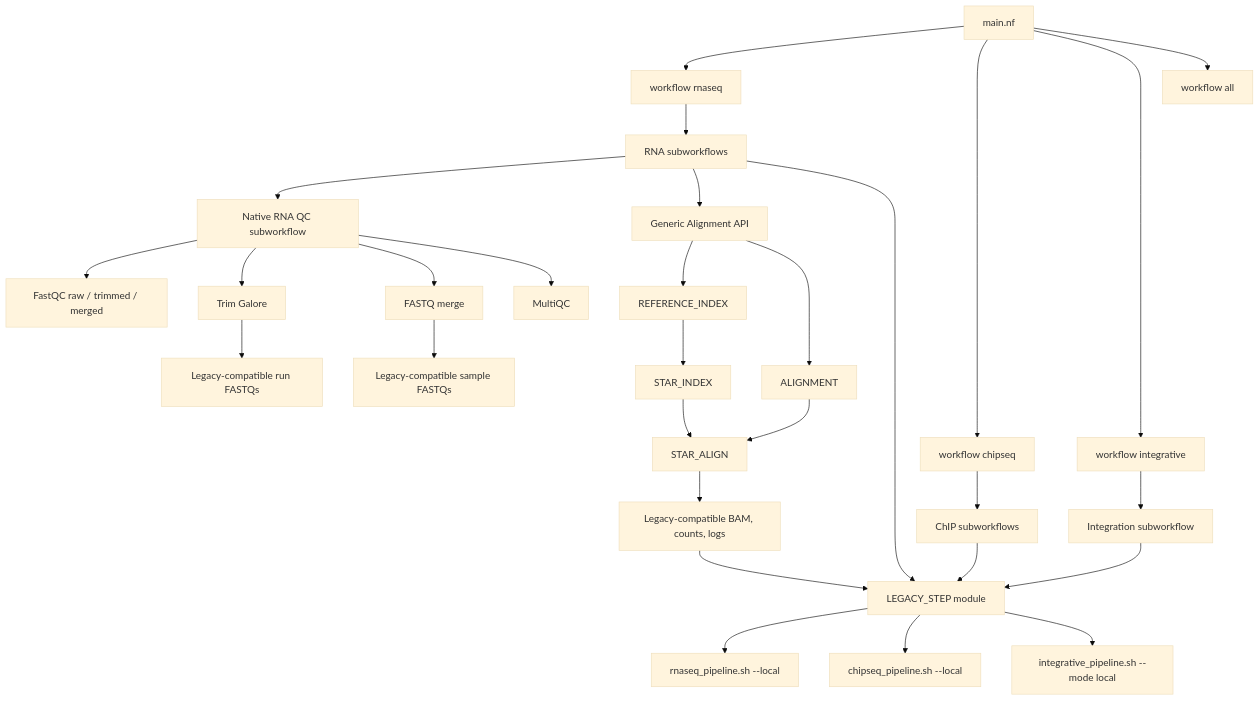
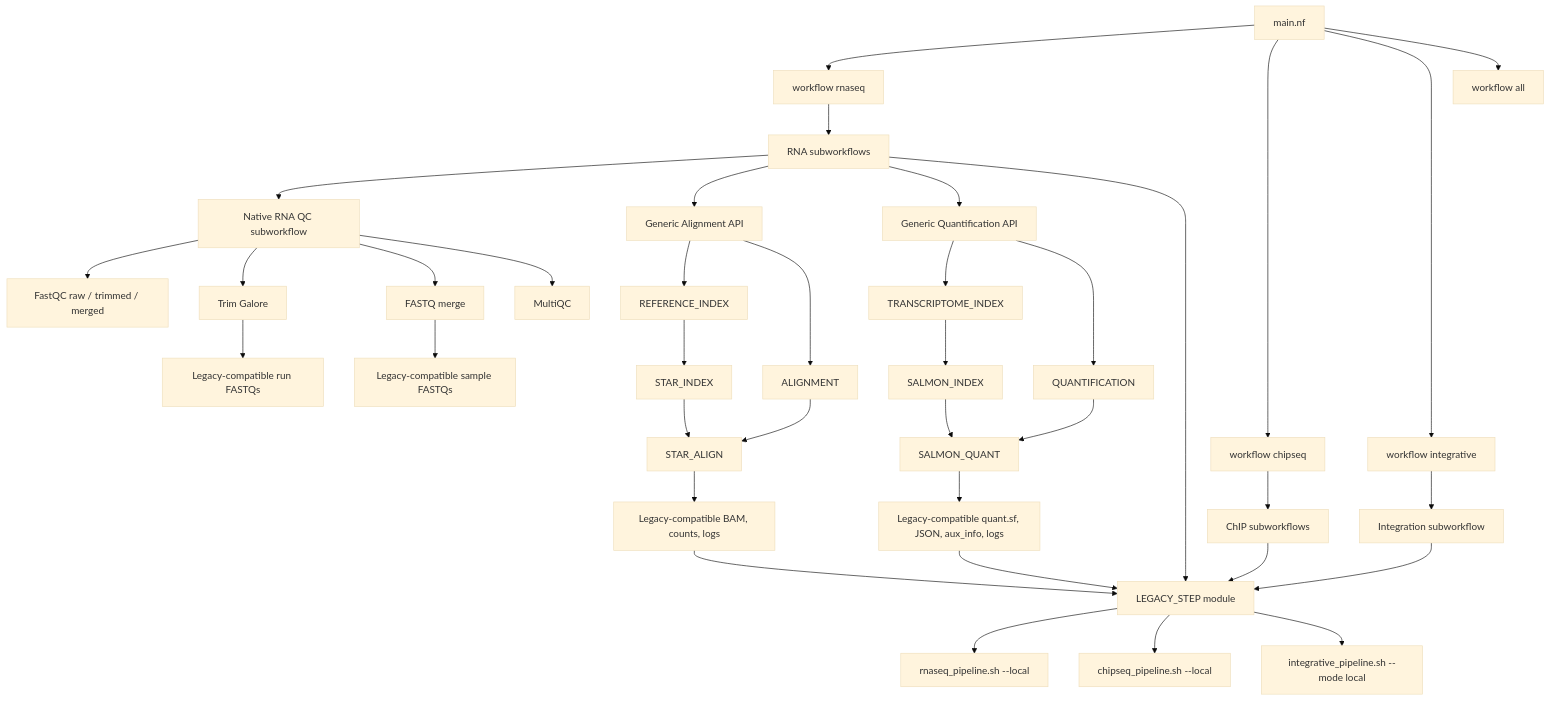
Before and after one commit to GMiguelAlves/HelixForge: the diagram in docs/architecture.md, drawn with Mermaid (base theme). The commit also changed other lines of this file and 9 other files, not shown here.

````diff
--- a/docs/architecture.md
+++ b/docs/architecture.md
@@ -3,34 +3,42 @@
 ```mermaid
 flowchart TB
     MAIN["main.nf"] --> RNA["workflow rnaseq"]
     MAIN --> CHIP["workflow chipseq"]
     MAIN --> INT["workflow integrative"]
     MAIN --> ALL["workflow all"]
 
     RNA --> RSW["RNA subworkflows"]
     CHIP --> CSW["ChIP subworkflows"]
     INT --> ISW["Integration subworkflow"]
 
     RSW --> QC["Native RNA QC subworkflow"]
     RSW --> RNAALIGN["Generic Alignment API"]
+    RSW --> RNAQUANT["Generic Quantification API"]
     RSW --> WRAP["LEGACY_STEP module"]
     CSW --> WRAP
     ISW --> WRAP
 
     WRAP --> RB["rnaseq_pipeline.sh --local"]
     WRAP --> CB["chipseq_pipeline.sh --local"]
     WRAP --> IB["integrative_pipeline.sh --mode local"]
     QC --> FASTQC["FastQC raw / trimmed / merged"]
     QC --> TRIM["Trim Galore"]
     QC --> MERGE["FASTQ merge"]
     QC --> MULTIQC["MultiQC"]
     RNAALIGN --> REFINDEX["REFERENCE_INDEX"]
     REFINDEX --> STARINDEX["STAR_INDEX"]
     RNAALIGN --> ALIGN["ALIGNMENT"]
     ALIGN --> STARALIGN["STAR_ALIGN"]
     STARINDEX --> STARALIGN
     STARALIGN --> STAROUT["Legacy-compatible BAM, counts, logs"]
+    RNAQUANT --> TRANSCRIPTINDEX["TRANSCRIPTOME_INDEX"]
+    TRANSCRIPTINDEX --> SALMONINDEX["SALMON_INDEX"]
+    RNAQUANT --> QUANTIFY["QUANTIFICATION"]
+    QUANTIFY --> SALMONQUANT["SALMON_QUANT"]
+    SALMONINDEX --> SALMONQUANT
+    SALMONQUANT --> SALMONOUT["Legacy-compatible quant.sf, JSON, aux_info, logs"]
     STAROUT --> WRAP
+    SALMONOUT --> WRAP
     TRIM --> TRIMMED["Legacy-compatible run FASTQs"]
     MERGE --> MERGED["Legacy-compatible sample FASTQs"]
 ```
````
